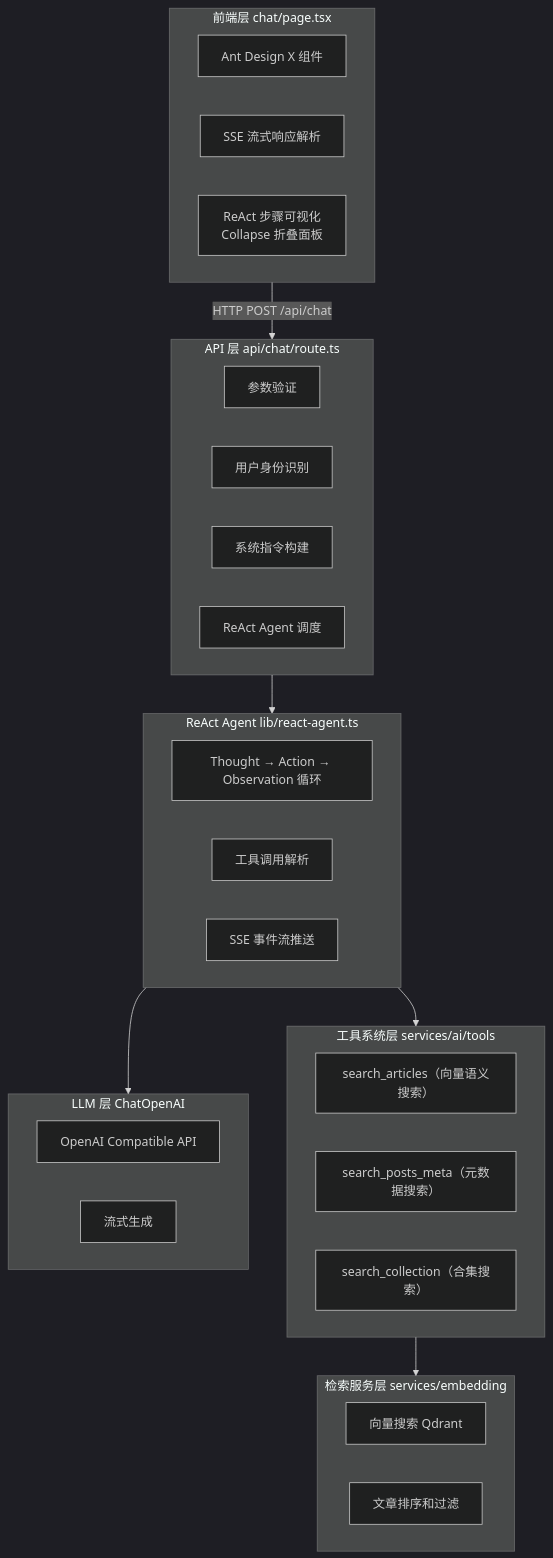
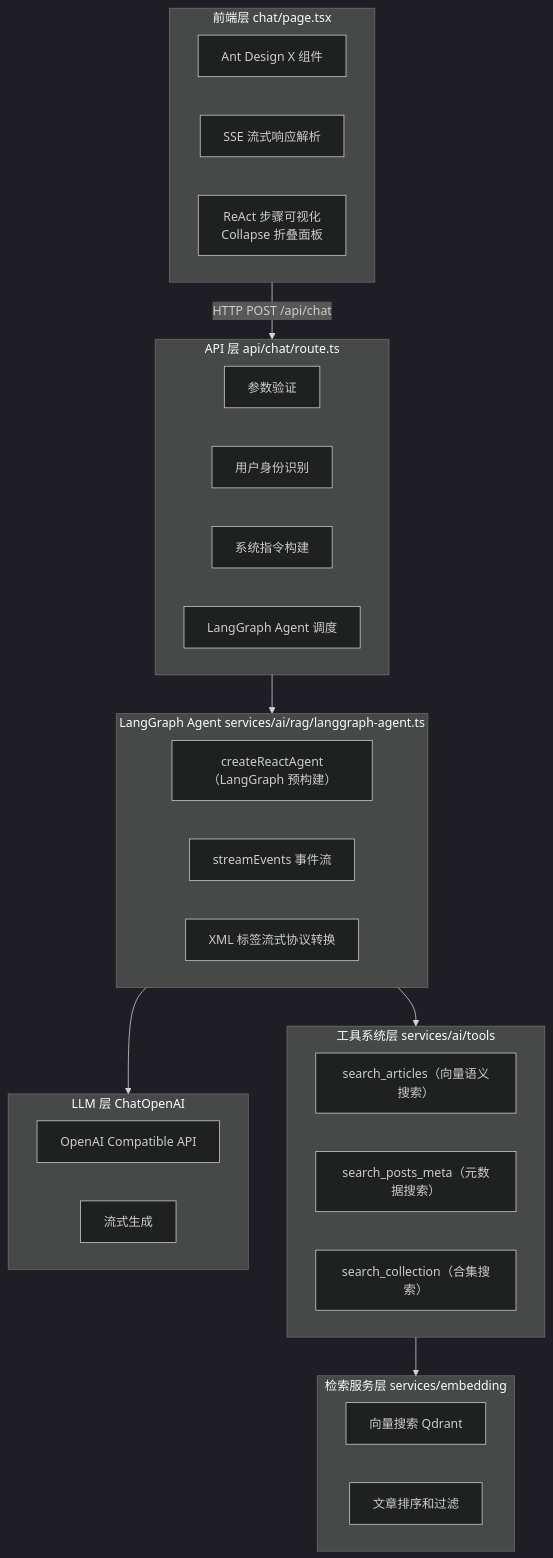
One commit to NNNNzs/react.nnnnzs.cn changed the first of 2 diagrams in docs/designs/chat/rag-chat.md. Above: the diagram before and after it, drawn with Mermaid (dark theme). The commit also changed other lines of this file and 15 other files, not shown here.

````diff
--- a/docs/designs/chat/rag-chat.md
+++ b/docs/designs/chat/rag-chat.md
@@ -23,43 +25,43 @@
 ```mermaid
 flowchart TB
     subgraph Frontend["前端层 chat/page.tsx"]
         A1["Ant Design X 组件"]
         A2["SSE 流式响应解析"]
         A3["ReAct 步骤可视化<br/>Collapse 折叠面板"]
     end
 
     subgraph API["API 层 api/chat/route.ts"]
         B1["参数验证"]
         B2["用户身份识别"]
         B3["系统指令构建"]
-        B4["ReAct Agent 调度"]
+        B4["LangGraph Agent 调度"]
     end
 
-    subgraph Agent["ReAct Agent lib/react-agent.ts"]
-        C1["Thought → Action → Observation 循环"]
-        C2["工具调用解析"]
-        C3["SSE 事件流推送"]
+    subgraph Agent["LangGraph Agent services/ai/rag/langgraph-agent.ts"]
+        C1["createReactAgent（LangGraph 预构建）"]
+        C2["streamEvents 事件流"]
+        C3["XML 标签流式协议转换"]
     end
 
     subgraph Tools["工具系统层 services/ai/tools"]
         D1["search_articles（向量语义搜索）"]
         D2["search_posts_meta（元数据搜索）"]
         D3["search_collection（合集搜索）"]
     end
 
     subgraph LLM["LLM 层 ChatOpenAI"]
         E1["OpenAI Compatible API"]
         E2["流式生成"]
     end
 
     subgraph Search["检索服务层 services/embedding"]
         F1["向量搜索 Qdrant"]
         F2["文章排序和过滤"]
     end
 
     Frontend -->|HTTP POST /api/chat| API
     API --> Agent
     Agent --> Tools
     Agent --> LLM
     Tools --> Search
 ```
````
